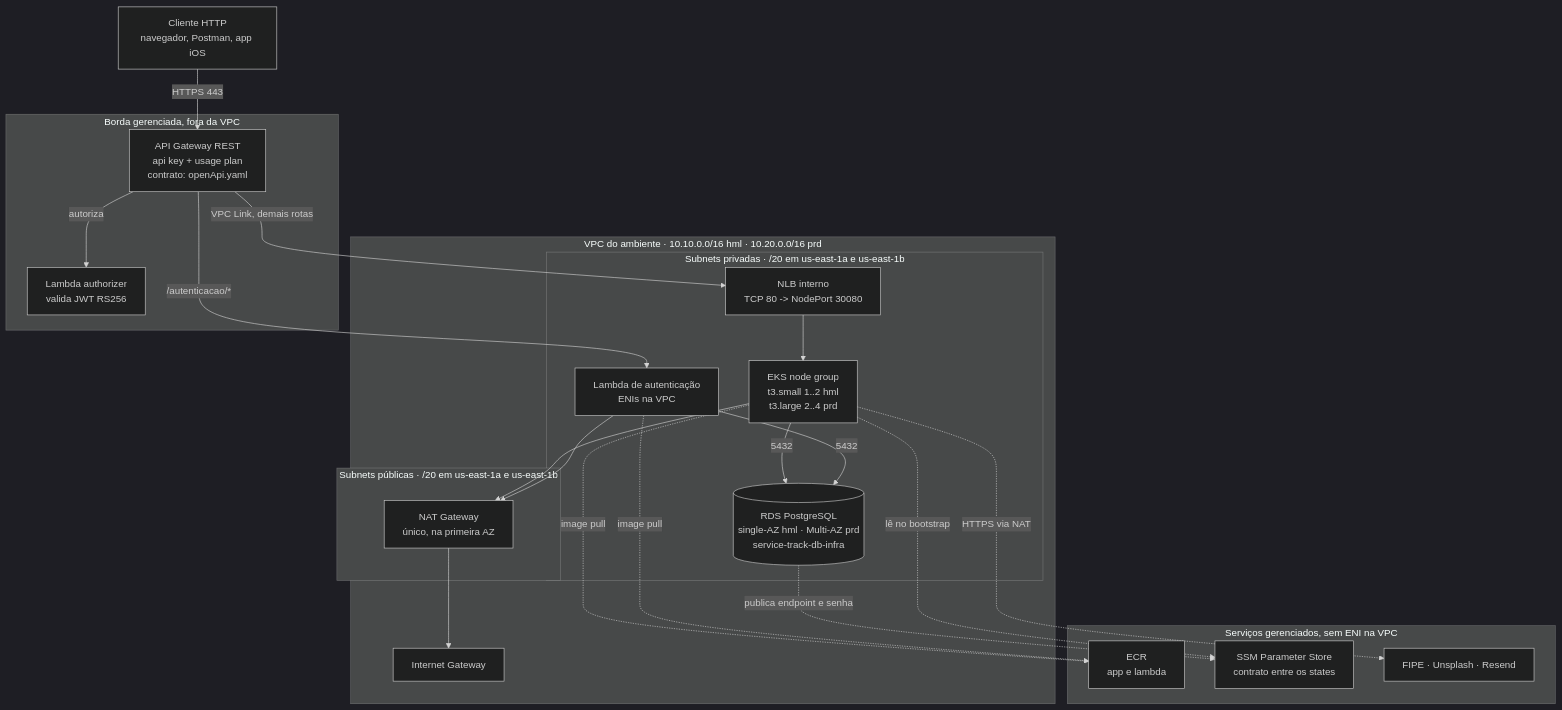
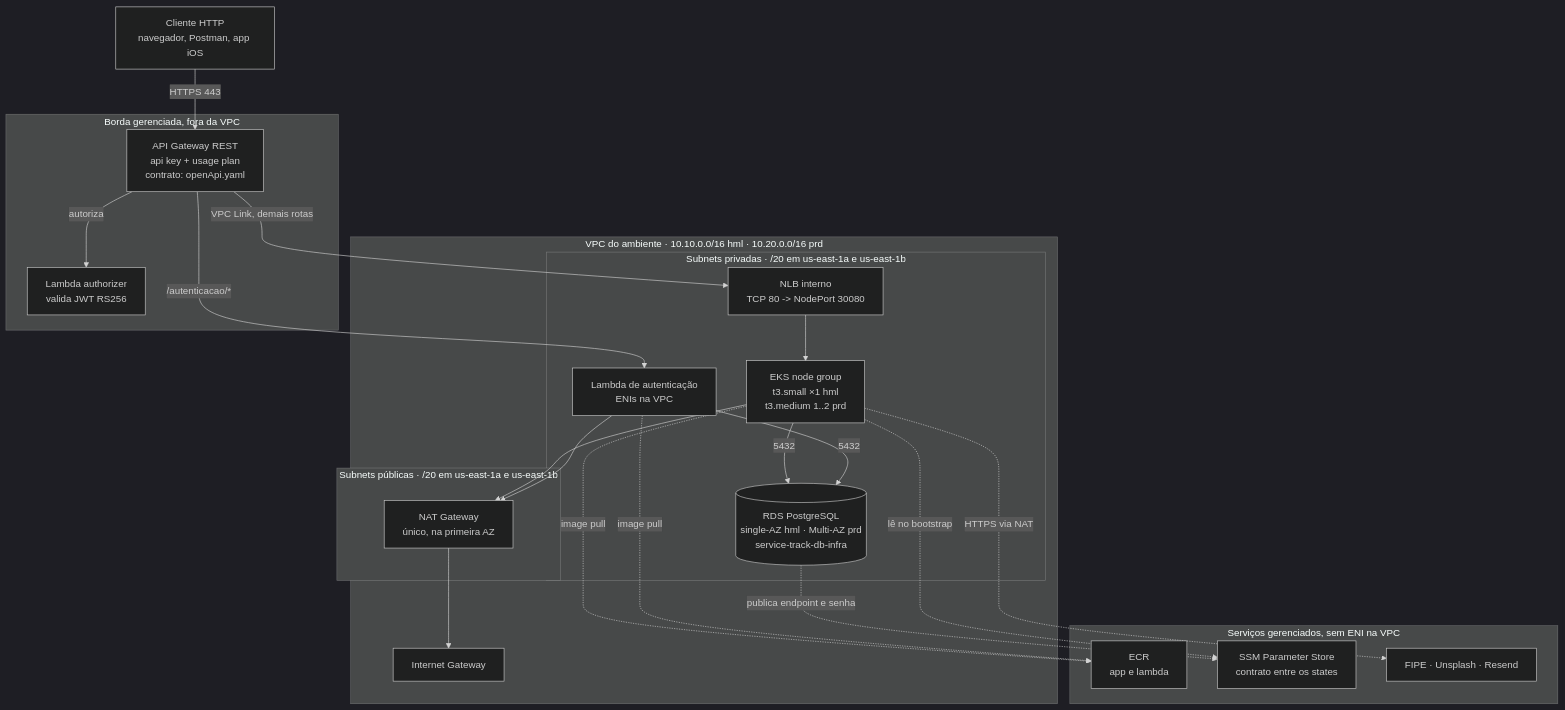
The diagram in docs/diagramas/rede.md (Claudio712005/service-track-aws-iac), drawn with Mermaid (dark theme) before and after one commit. The commit also changed 4 other files, not shown here.

````diff
--- a/docs/diagramas/rede.md
+++ b/docs/diagramas/rede.md
@@ -13,46 +13,46 @@
 ```mermaid
 flowchart TB
     usuario["Cliente HTTP<br/>navegador, Postman, app iOS"]
 
     subgraph borda["Borda gerenciada, fora da VPC"]
         gw["API Gateway REST<br/>api key + usage plan<br/>contrato: openApi.yaml"]
         authz["Lambda authorizer<br/>valida JWT RS256"]
     end
 
     subgraph vpc["VPC do ambiente · 10.10.0.0/16 hml · 10.20.0.0/16 prd"]
         igw["Internet Gateway"]
 
         subgraph publicas["Subnets públicas · /20 em us-east-1a e us-east-1b"]
             nat["NAT Gateway<br/>único, na primeira AZ"]
         end
 
         subgraph privadas["Subnets privadas · /20 em us-east-1a e us-east-1b"]
             nlb["NLB interno<br/>TCP 80 -> NodePort 30080"]
-            nodes["EKS node group<br/>t3.small 1..2 hml<br/>t3.large 2..4 prd"]
+            nodes["EKS node group<br/>t3.small ×1 hml<br/>t3.medium 1..2 prd"]
             lambdaauth["Lambda de autenticação<br/>ENIs na VPC"]
             rds[("RDS PostgreSQL<br/>single-AZ hml · Multi-AZ prd<br/>service-track-db-infra")]
         end
     end
 
     subgraph fora["Serviços gerenciados, sem ENI na VPC"]
         ecr["ECR<br/>app e lambda"]
         ssm["SSM Parameter Store<br/>contrato entre os states"]
         externos["FIPE · Unsplash · Resend"]
     end
 
     usuario -->|HTTPS 443| gw
     gw -->|autoriza| authz
     gw -->|"/autenticacao/*"| lambdaauth
     gw -->|"VPC Link, demais rotas"| nlb
     nlb --> nodes
     nodes -->|5432| rds
     lambdaauth -->|5432| rds
     nodes --> nat
     lambdaauth --> nat
     nat --> igw
     nodes -.->|image pull| ecr
     lambdaauth -.->|image pull| ecr
     nodes -.->|HTTPS via NAT| externos
     rds -.->|publica endpoint e senha| ssm
     nodes -.->|lê no bootstrap| ssm
 ```
````
